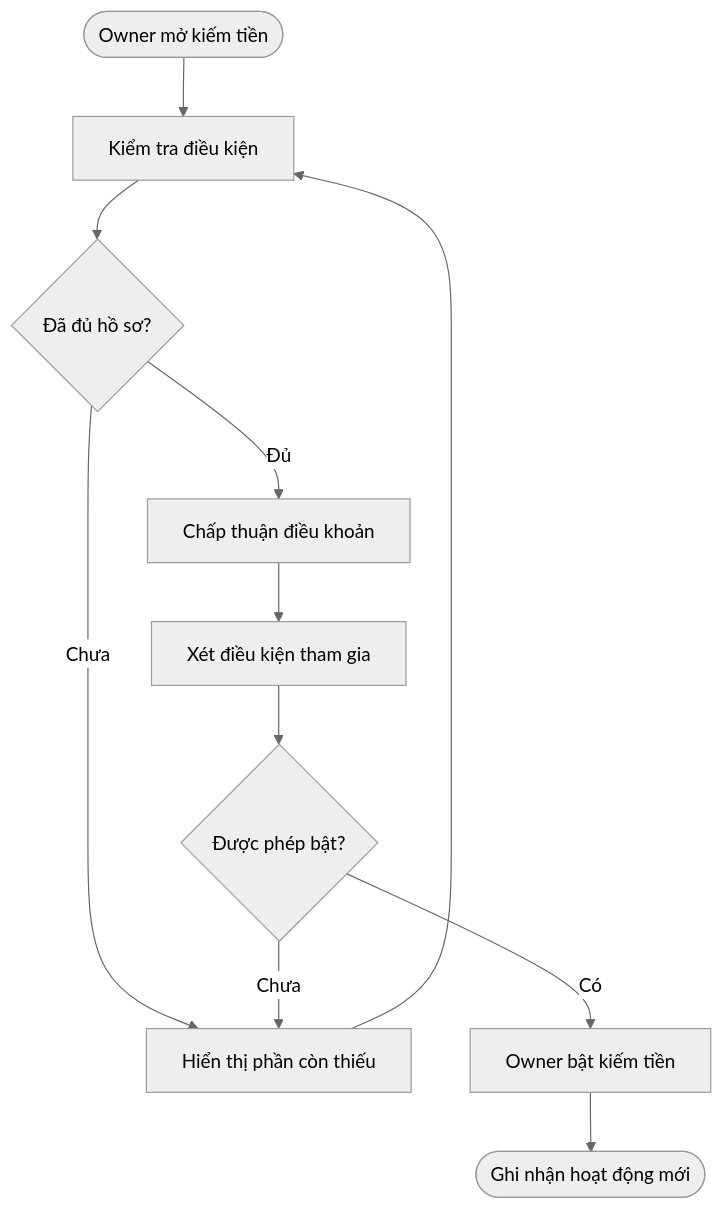
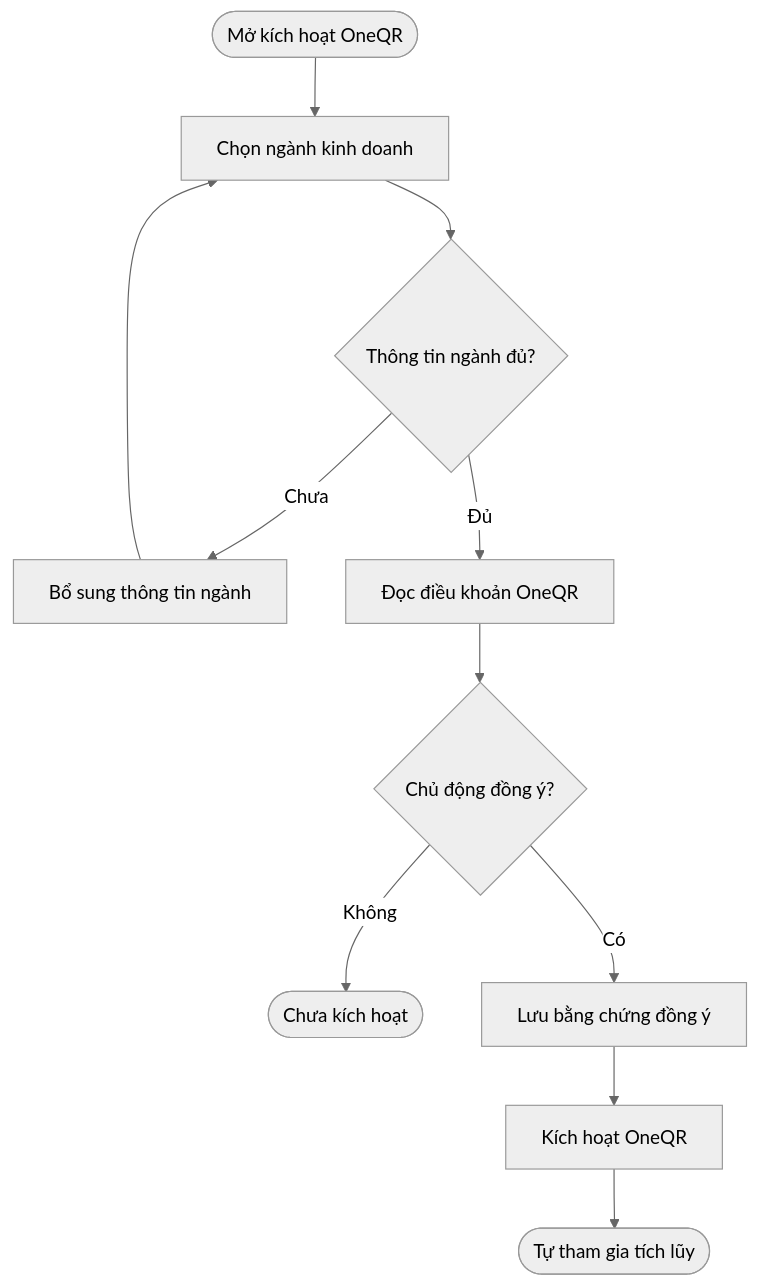
Before and after one commit to vlink-group/VlinkPay: the first of 9 diagrams in nexora/docs/business/business-oneqr-earnings.md, drawn with Mermaid (neutral theme). The commit also changed other lines of this file and 3 other files, not shown here.

Commit message:
docs(1599): cập nhật tham gia OneQR, đổi điểm và rút tiền

````diff
--- a/nexora/docs/business/business-oneqr-earnings.md
+++ b/nexora/docs/business/business-oneqr-earnings.md
@@ -103,13 +88,13 @@
 ```mermaid
 flowchart TD
-    A([Owner mở kiếm tiền]) --> B[Kiểm tra điều kiện]
-    B --> C{Đã đủ hồ sơ?}
-    C -- Chưa --> D[Hiển thị phần còn thiếu]
+    A([Mở kích hoạt OneQR]) --> B[Chọn ngành kinh doanh]
+    B --> C{Thông tin ngành đủ?}
+    C -- Chưa --> D[Bổ sung thông tin ngành]
     D --> B
-    C -- Đủ --> E[Chấp thuận điều khoản]
-    E --> F[Xét điều kiện tham gia]
-    F --> G{Được phép bật?}
-    G -- Chưa --> D
-    G -- Có --> H[Owner bật kiếm tiền]
-    H --> I([Ghi nhận hoạt động mới])
+    C -- Đủ --> E[Đọc điều khoản OneQR]
+    E --> F{Chủ động đồng ý?}
+    F -- Không --> G([Chưa kích hoạt])
+    F -- Có --> H[Lưu bằng chứng đồng ý]
+    H --> I[Kích hoạt OneQR]
+    I --> J([Tự tham gia tích lũy])
 ```
````
